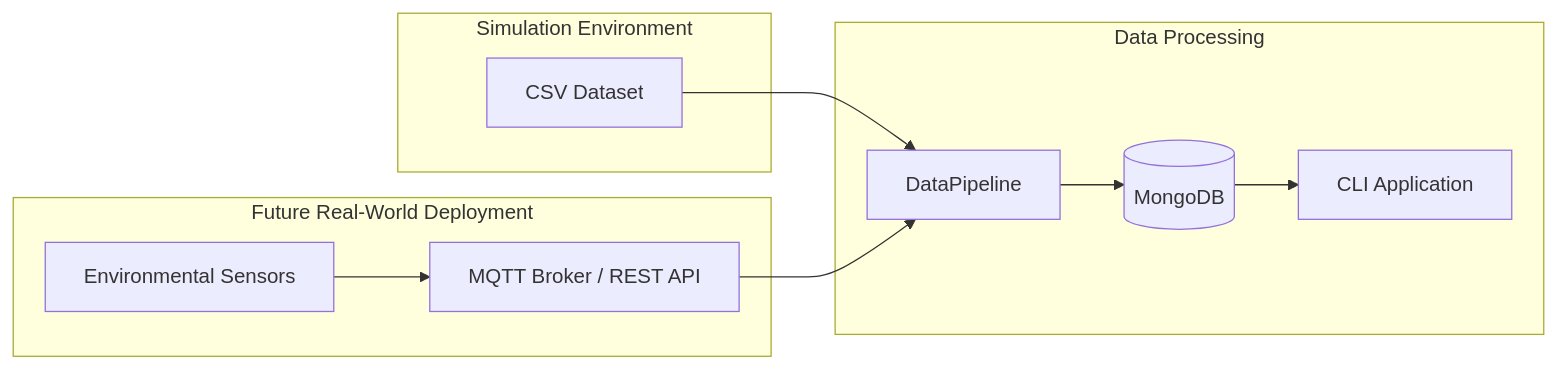
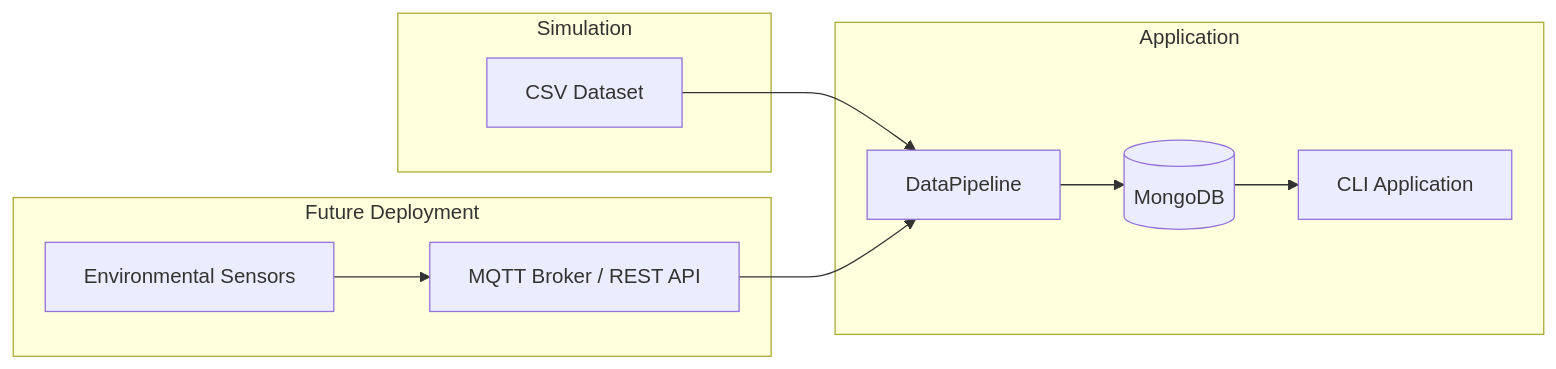
Before and after one commit to tipofyzik/mongodb_for_storing_sensor_data: the third of 3 diagrams in README.md, drawn with Mermaid.

````diff
--- a/README.md
+++ b/README.md
@@ -159,26 +159,23 @@
 ```mermaid
 flowchart LR
 
-subgraph Simulation["Simulation Environment"]
+subgraph Simulation["Simulation"]
     A[CSV Dataset]
 end
 
-subgraph Processing["Data Processing"]
+subgraph Deployment["Future Deployment"]
+    B[Environmental Sensors]
+    C[MQTT Broker / REST API]
+    B --> C
+end
+
+subgraph System["Application"]
     D[DataPipeline]
     E[(MongoDB)]
     F[CLI Application]
-    
-    D --> E
-    E --> F
-end
-
-subgraph Real["Future Real-World Deployment"]
-    B[Environmental Sensors]
-    C[MQTT Broker / REST API]
-    
-    B --> C
+    D --> E --> F
 end
 
 A --> D
 C --> D
 ```
````
